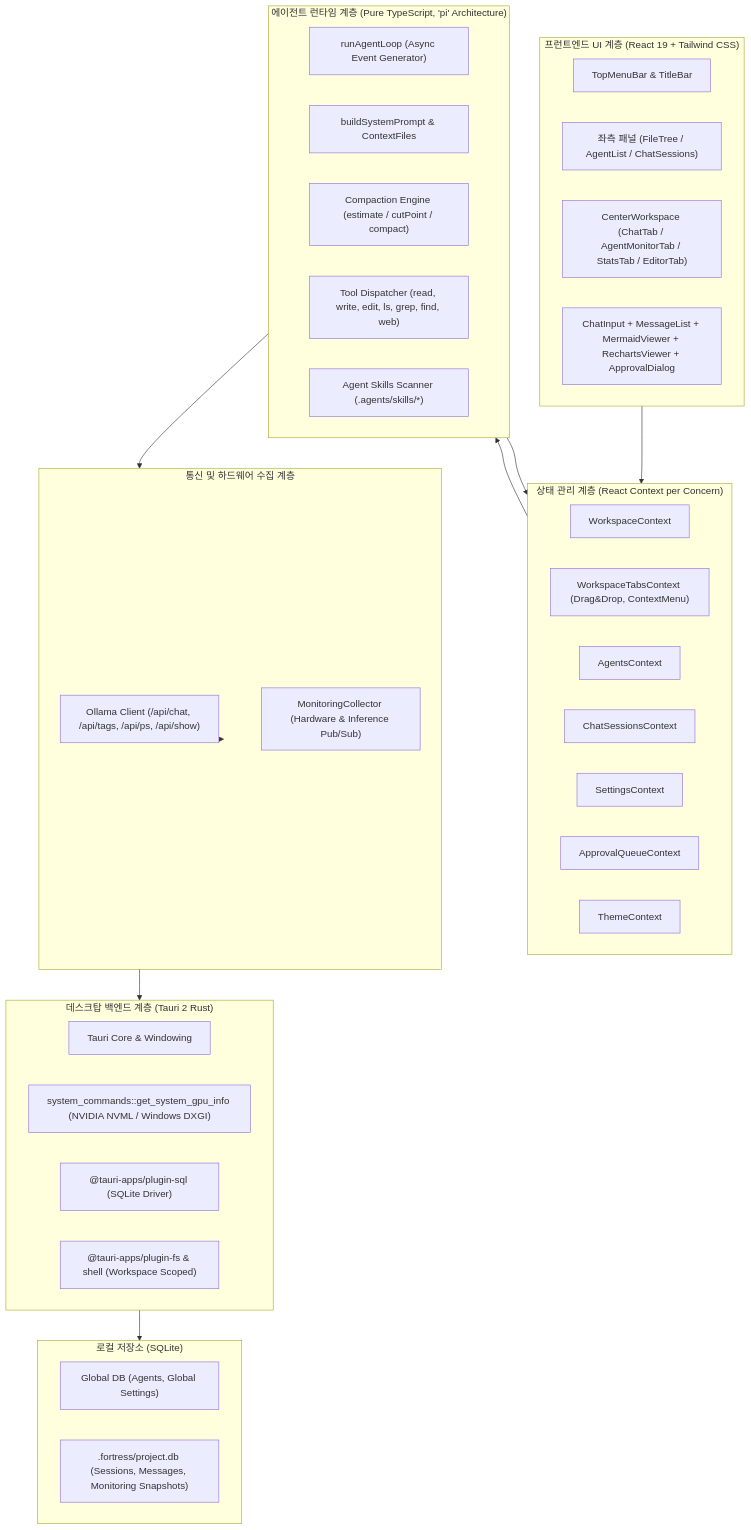
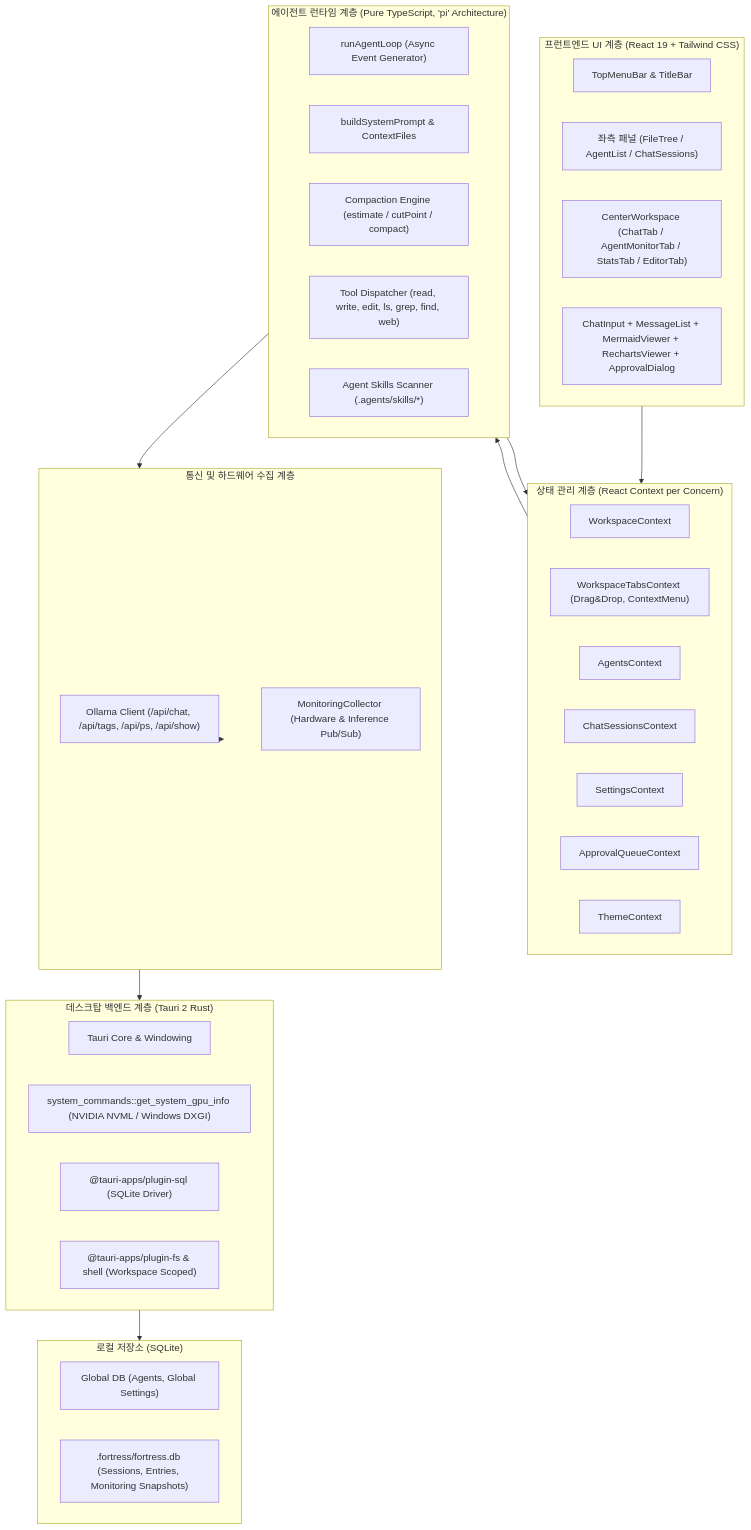
The diagram in Docs/ReimplementationGuide.md (godstale/FortressAgent), drawn with Mermaid before and after one commit. The commit also changed other lines of this file and 5 other files, not shown here.

````diff
--- a/Docs/ReimplementationGuide.md
+++ b/Docs/ReimplementationGuide.md
@@ -51,53 +54,53 @@
 ```mermaid
 flowchart TB
     subgraph UI_Layer ["프런트엔드 UI 계층 (React 19 + Tailwind CSS)"]
         TopBar["TopMenuBar & TitleBar"]
         SidePanels["좌측 패널 (FileTree / AgentList / ChatSessions)"]
         CenterTabs["CenterWorkspace (ChatTab / AgentMonitorTab / StatsTab / EditorTab)"]
         ChatUI["ChatInput + MessageList + MermaidViewer + RechartsViewer + ApprovalDialog"]
     end
 
     subgraph State_Layer ["상태 관리 계층 (React Context per Concern)"]
         WorkspaceCtx["WorkspaceContext"]
         TabsCtx["WorkspaceTabsContext (Drag&Drop, ContextMenu)"]
         AgentsCtx["AgentsContext"]
         SessionsCtx["ChatSessionsContext"]
         SettingsCtx["SettingsContext"]
         ApprovalCtx["ApprovalQueueContext"]
         ThemeCtx["ThemeContext"]
     end
 
     subgraph Agent_Runtime ["에이전트 런타임 계층 (Pure TypeScript, 'pi' Architecture)"]
         AgentLoop["runAgentLoop (Async Event Generator)"]
         PromptBuilder["buildSystemPrompt & ContextFiles"]
         CompactionEngine["Compaction Engine (estimate / cutPoint / compact)"]
         ToolDispatcher["Tool Dispatcher (read, write, edit, ls, grep, find, web)"]
         SkillScanner["Agent Skills Scanner (.agents/skills/*)"]
     end
 
     subgraph Integration_Layer ["통신 및 하드웨어 수집 계층"]
         OllamaAPI["Ollama Client (/api/chat, /api/tags, /api/ps, /api/show)"]
         MonitorCollector["MonitoringCollector (Hardware & Inference Pub/Sub)"]
     end
 
     subgraph Tauri_Backend ["데스크탑 백엔드 계층 (Tauri 2 Rust)"]
         TauriCore["Tauri Core & Windowing"]
         SysGpuCmd["system_commands::get_system_gpu_info (NVIDIA NVML / Windows DXGI)"]
         SqlPlugin["@tauri-apps/plugin-sql (SQLite Driver)"]
         FsPlugin["@tauri-apps/plugin-fs & shell (Workspace Scoped)"]
     end
 
     subgraph Storage_Layer ["로컬 저장소 (SQLite)"]
         GlobalDB["Global DB (Agents, Global Settings)"]
-        ProjectDB[".fortress/project.db (Sessions, Messages, Monitoring Snapshots)"]
+        ProjectDB[".fortress/fortress.db (Sessions, Entries, Monitoring Snapshots)"]
     end
 
     %% 연결 관계
     UI_Layer --> State_Layer
     State_Layer --> Agent_Runtime
     Agent_Runtime --> Integration_Layer
     Agent_Runtime --> State_Layer
     Integration_Layer --> Tauri_Backend
     Integration_Layer --> OllamaAPI
     Tauri_Backend --> Storage_Layer
 ```
````
